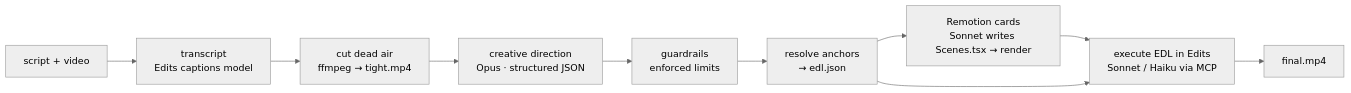
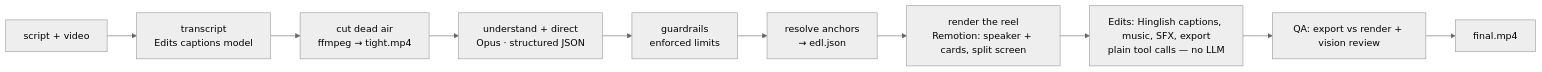
Before and after one commit to yashm1/instaedits: the diagram in docs/architecture.md, drawn with Mermaid (neutral theme). The commit also changed other lines of this file and 37 other files, not shown here.

First line of the commit message:
feat: high-quality reels — split-screen Remotion render, deterministic Edits executor, Hinglish captions, real screenshots, QA

````diff
--- a/docs/architecture.md
+++ b/docs/architecture.md
@@ -5,12 +5,12 @@
 ```mermaid
 flowchart LR
   A[script + video] --> B[transcript<br/>Edits captions model]
   B --> C[cut dead air<br/>ffmpeg → tight.mp4]
-  C --> D[creative direction<br/>Opus · structured JSON]
+  C --> D[understand + direct<br/>Opus · structured JSON]
   D --> G[guardrails<br/>enforced limits]
   G --> E[resolve anchors<br/>→ edl.json]
-  E --> F[Remotion cards<br/>Sonnet writes Scenes.tsx → render]
-  F --> H[execute EDL in Edits<br/>Sonnet / Haiku via MCP]
-  E --> H
-  H --> I[final.mp4]
+  E --> F[render the reel<br/>Remotion: speaker + cards, split screen]
+  F --> H[Edits: Hinglish captions, music, SFX, export<br/>plain tool calls — no LLM]
+  H --> Q[QA: export vs render + vision review]
+  Q --> I[final.mp4]
 ```
````
